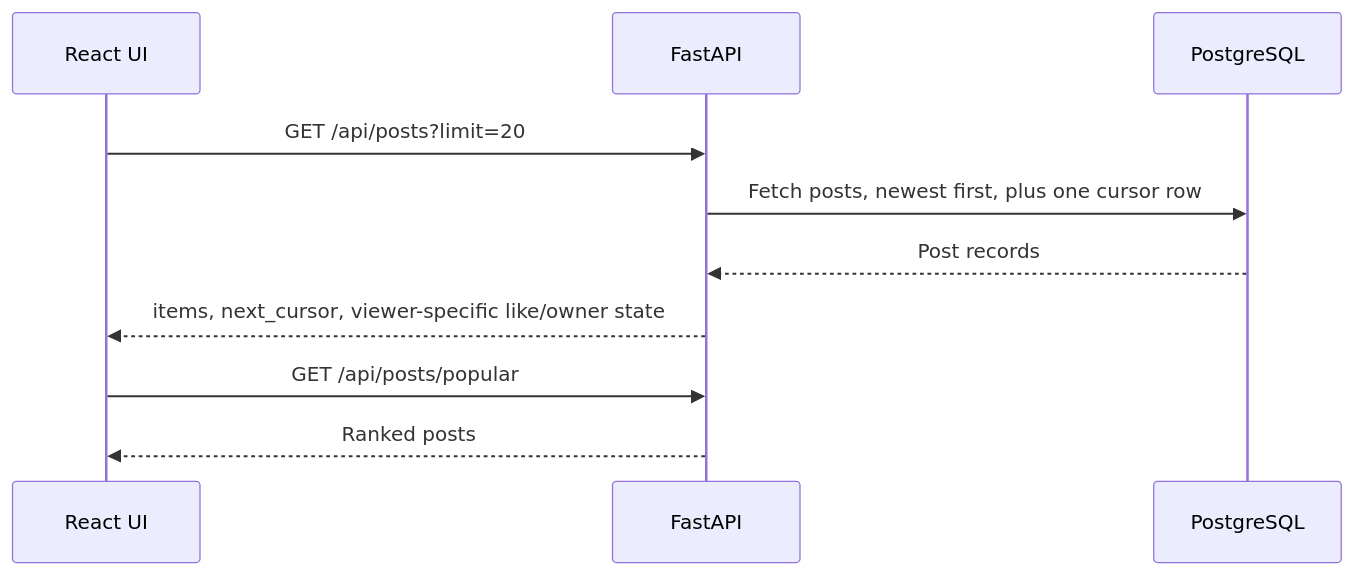
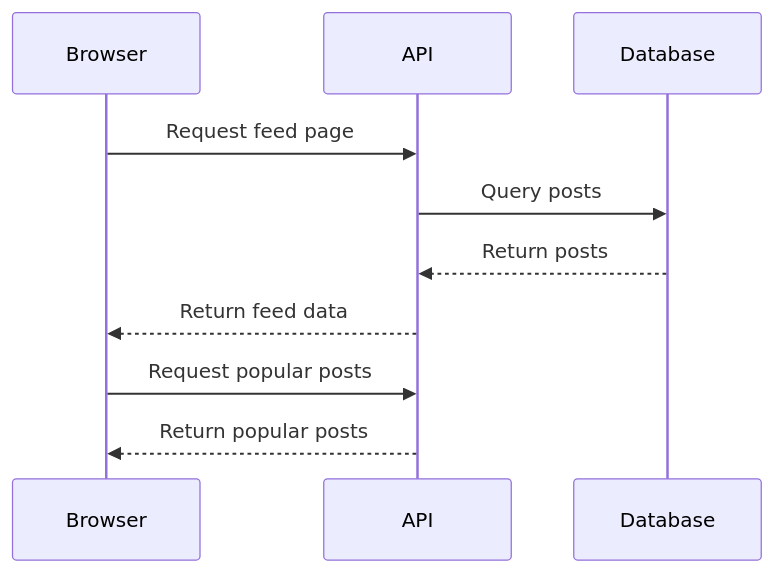
The second of 4 diagrams in README.md (joemzkie/Orbit), drawn with Mermaid before and after one commit. The commit also changed other lines of this file, not shown here.

Commit message:
Fix README Mermaid diagrams

````diff
--- a/README.md
+++ b/README.md
@@ -65,13 +65,12 @@
 ```mermaid
 sequenceDiagram
-    participant UI as React UI
-    participant API as FastAPI
-    participant DB as PostgreSQL
-
-    UI->>API: GET /api/posts?limit=20
-    API->>DB: Fetch posts, newest first, plus one cursor row
-    DB-->>API: Post records
-    API-->>UI: items, next_cursor, viewer-specific like/owner state
-    UI->>API: GET /api/posts/popular
-    API-->>UI: Ranked posts
+    participant UI as Browser
+    participant API as API
+    participant DB as Database
+    UI->>API: Request feed page
+    API->>DB: Query posts
+    DB-->>API: Return posts
+    API-->>UI: Return feed data
+    UI->>API: Request popular posts
+    API-->>UI: Return popular posts
 ```
````
